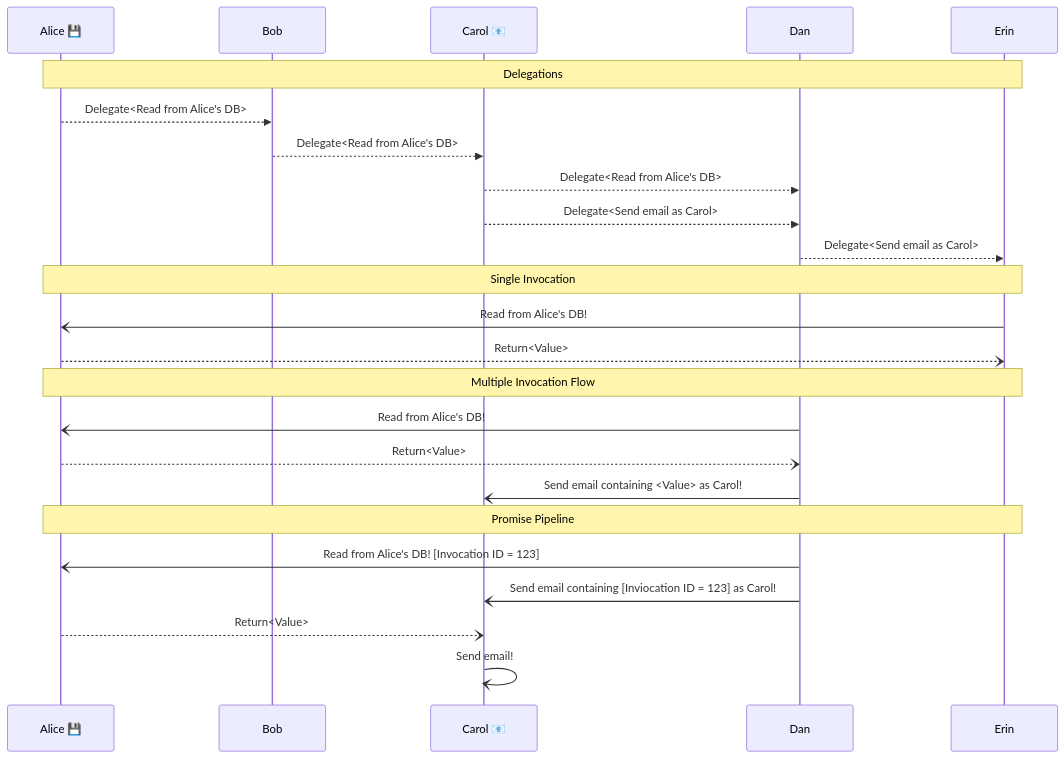
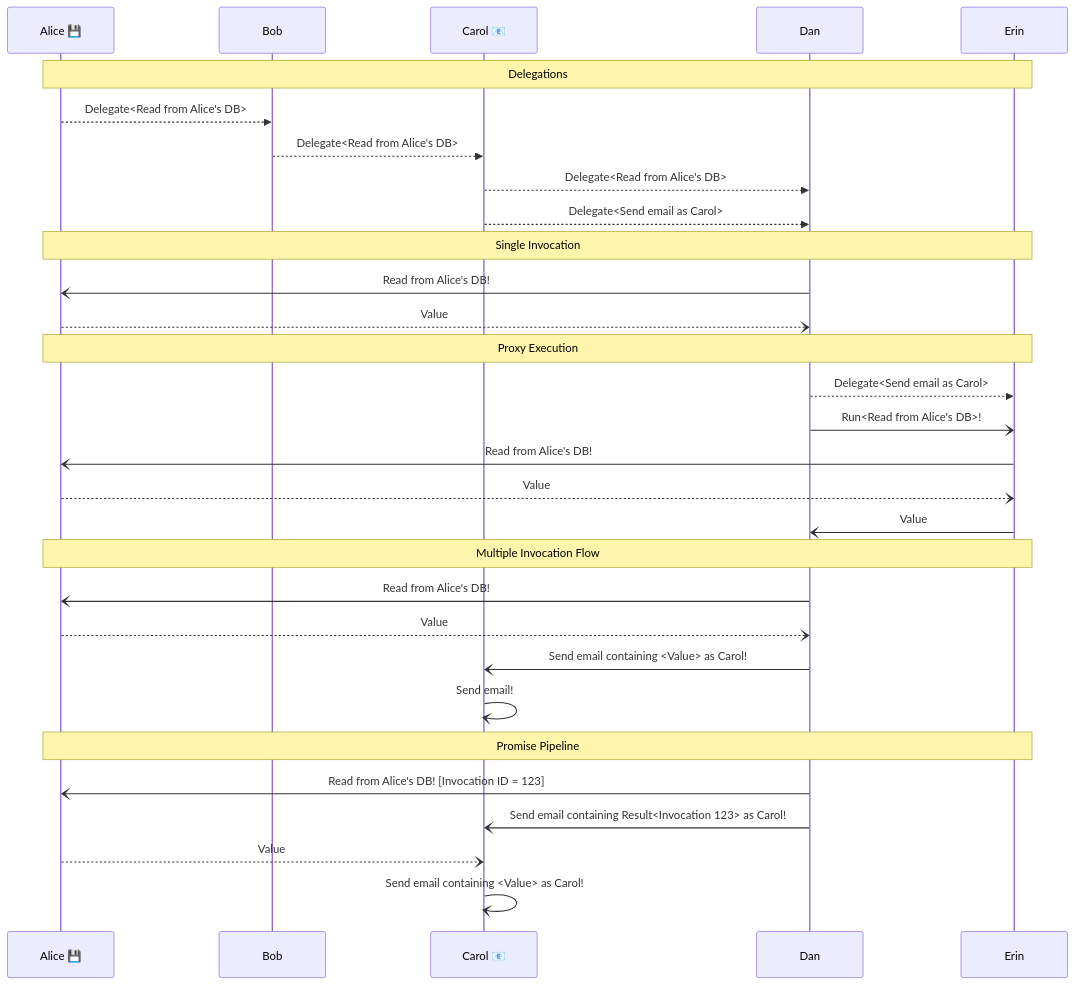
The first of 3 diagrams in README.md (ucan-wg/invocation), drawn with Mermaid before and after one commit. The commit also changed other lines of this file, not shown here.

Commit message:
Add proxy execution

````diff
--- a/README.md
+++ b/README.md
@@ -78,30 +78,38 @@
 ``` mermaid
 sequenceDiagram
     participant Alice 💾
     participant Bob
     participant Carol 📧
     participant Dan
     participant Erin
 
     Note over Alice 💾, Erin: Delegations
         Alice 💾 -->> Bob:      Delegate<Read from Alice's DB>
         Bob      -->> Carol 📧: Delegate<Read from Alice's DB>
         Carol 📧 -->> Dan:      Delegate<Read from Alice's DB>
         Carol 📧 -->> Dan:      Delegate<Send email as Carol>
-        Dan      -->> Erin:     Delegate<Send email as Carol>
 
     Note over Alice 💾, Erin: Single Invocation
-        Erin     -)  Alice 💾: Read from Alice's DB!
-        Alice 💾 --) Erin:     Return<Value>
+        Dan      -)  Alice 💾: Read from Alice's DB!
+        Alice 💾 --) Dan:      Value
+
+    Note over Alice 💾, Erin: Proxy Execution
+        Dan      -->> Erin:     Delegate<Send email as Carol>
+        Dan      -)   Erin:     Run<Read from Alice's DB>!
+        Erin     -)   Alice 💾: Read from Alice's DB!
+        Alice 💾 --)  Erin:     Value
+        Erin     -)   Dan:      Value
 
     Note over Alice 💾, Erin: Multiple Invocation Flow
         Dan      -)  Alice 💾: Read from Alice's DB!
-        Alice 💾 --) Dan:      Return<Value>
+        Alice 💾 --) Dan:      Value
         Dan      -)  Carol 📧: Send email containing <Value> as Carol!
+        Carol 📧 -)  Carol 📧: Send email!
 
     Note over Alice 💾, Erin: Promise Pipeline
         Dan      -)  Alice 💾: Read from Alice's DB! [Invocation ID = 123]
-        Dan      -)  Carol 📧: Send email containing [Inviocation ID = 123] as Carol!
-        Alice 💾 --) Carol 📧: Return<Value>
-        Carol 📧 -) Carol 📧:  Send email!
+        Dan      -)  Carol 📧: Send email containing Result<Invocation 123> as Carol!
+        Alice 💾 --) Carol 📧: Value
+        Carol 📧 -)  Carol 📧: Send email containing <Value> as Carol!
+
 ```
````
